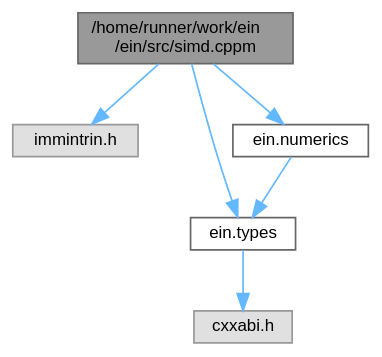
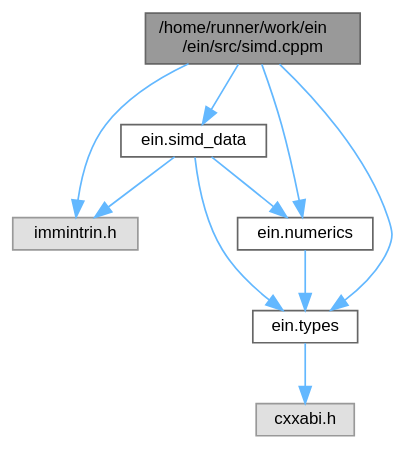
Before and after one commit to ekmett/ein: the diagram in de/d10/simd_8cppm__incl.dot, drawn with Graphviz. The commit also changed 218 other files, not shown here.

```diff
--- a/de/d10/simd_8cppm__incl.dot
+++ b/de/d10/simd_8cppm__incl.dot
@@ -1,17 +1,22 @@
 digraph "/home/runner/work/ein/ein/src/simd.cppm"
 {
  // LATEX_PDF_SIZE
   bgcolor="transparent";
   edge [fontname=Helvetica,fontsize=10,labelfontname=Helvetica,labelfontsize=10];
   node [fontname=Helvetica,fontsize=10,shape=box,height=0.2,width=0.4];
   Node1 [id="Node000001",label="/home/runner/work/ein\l/ein/src/simd.cppm",height=0.2,width=0.4,color="gray40", fillcolor="grey60", style="filled", fontcolor="black",tooltip=" "];
   Node1 -> Node2 [id="edge1_Node000001_Node000002",color="steelblue1",style="solid",tooltip=" "];
   Node2 [id="Node000002",label="immintrin.h",height=0.2,width=0.4,color="grey60", fillcolor="#E0E0E0", style="filled",tooltip=" "];
   Node1 -> Node3 [id="edge2_Node000001_Node000003",color="steelblue1",style="solid",tooltip=" "];
-  Node3 [id="Node000003",label="ein.types",height=0.2,width=0.4,color="grey40", fillcolor="white", style="filled",URL="$d8/dcb/types_8cppm.html",tooltip=" "];
-  Node3 -> Node4 [id="edge3_Node000003_Node000004",color="steelblue1",style="solid",tooltip=" "];
-  Node4 [id="Node000004",label="cxxabi.h",height=0.2,width=0.4,color="grey60", fillcolor="#E0E0E0", style="filled",tooltip=" "];
-  Node1 -> Node5 [id="edge4_Node000001_Node000005",color="steelblue1",style="solid",tooltip=" "];
-  Node5 [id="Node000005",label="ein.numerics",height=0.2,width=0.4,color="grey40", fillcolor="white", style="filled",URL="$d5/d65/numerics_8cppm.html",tooltip=" "];
-  Node5 -> Node3 [id="edge5_Node000005_Node000003",color="steelblue1",style="solid",tooltip=" "];
+  Node3 [id="Node000003",label="ein.simd_data",height=0.2,width=0.4,color="grey40", fillcolor="white", style="filled",URL="$df/d88/simd__data_8cppm.html",tooltip=" "];
+  Node3 -> Node2 [id="edge3_Node000003_Node000002",color="steelblue1",style="solid",tooltip=" "];
+  Node3 -> Node4 [id="edge4_Node000003_Node000004",color="steelblue1",style="solid",tooltip=" "];
+  Node4 [id="Node000004",label="ein.types",height=0.2,width=0.4,color="grey40", fillcolor="white", style="filled",URL="$d8/dcb/types_8cppm.html",tooltip=" "];
+  Node4 -> Node5 [id="edge5_Node000004_Node000005",color="steelblue1",style="solid",tooltip=" "];
+  Node5 [id="Node000005",label="cxxabi.h",height=0.2,width=0.4,color="grey60", fillcolor="#E0E0E0", style="filled",tooltip=" "];
+  Node3 -> Node6 [id="edge6_Node000003_Node000006",color="steelblue1",style="solid",tooltip=" "];
+  Node6 [id="Node000006",label="ein.numerics",height=0.2,width=0.4,color="grey40", fillcolor="white", style="filled",URL="$d5/d65/numerics_8cppm.html",tooltip=" "];
+  Node6 -> Node4 [id="edge7_Node000006_Node000004",color="steelblue1",style="solid",tooltip=" "];
+  Node1 -> Node4 [id="edge8_Node000001_Node000004",color="steelblue1",style="solid",tooltip=" "];
+  Node1 -> Node6 [id="edge9_Node000001_Node000006",color="steelblue1",style="solid",tooltip=" "];
 }
```
